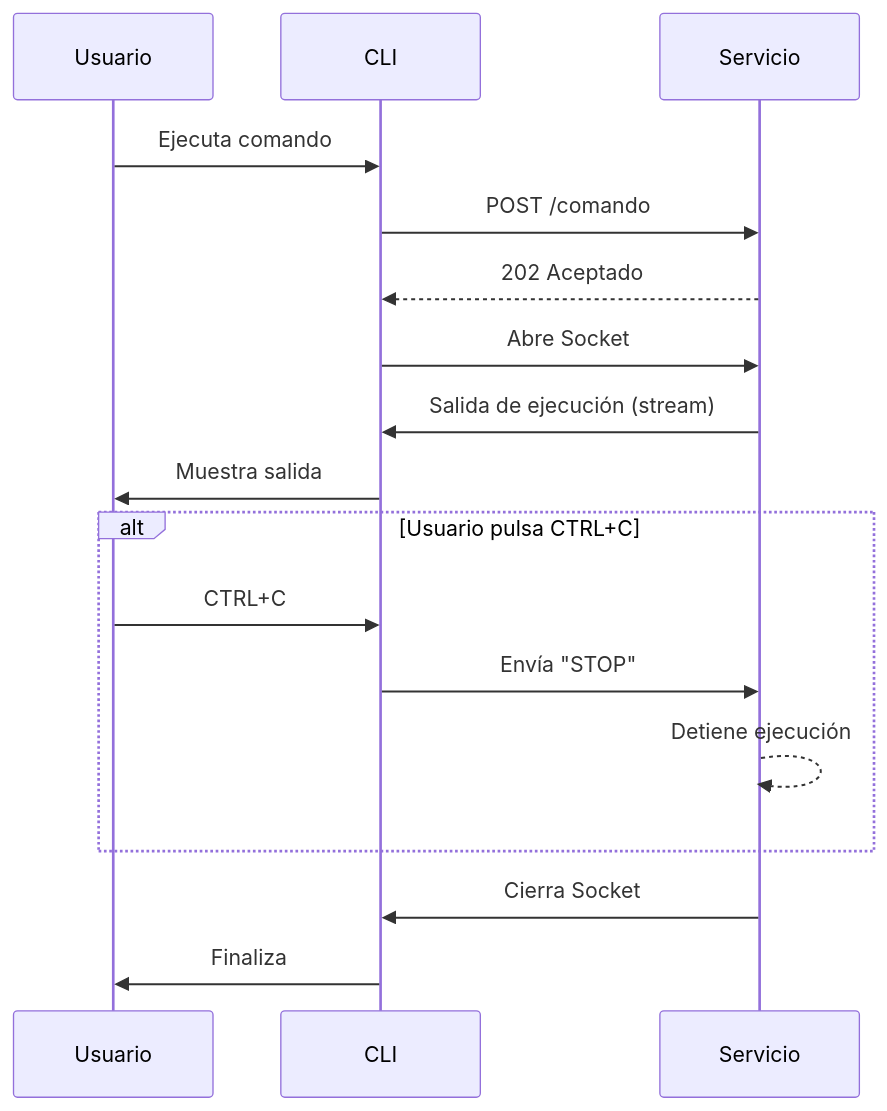
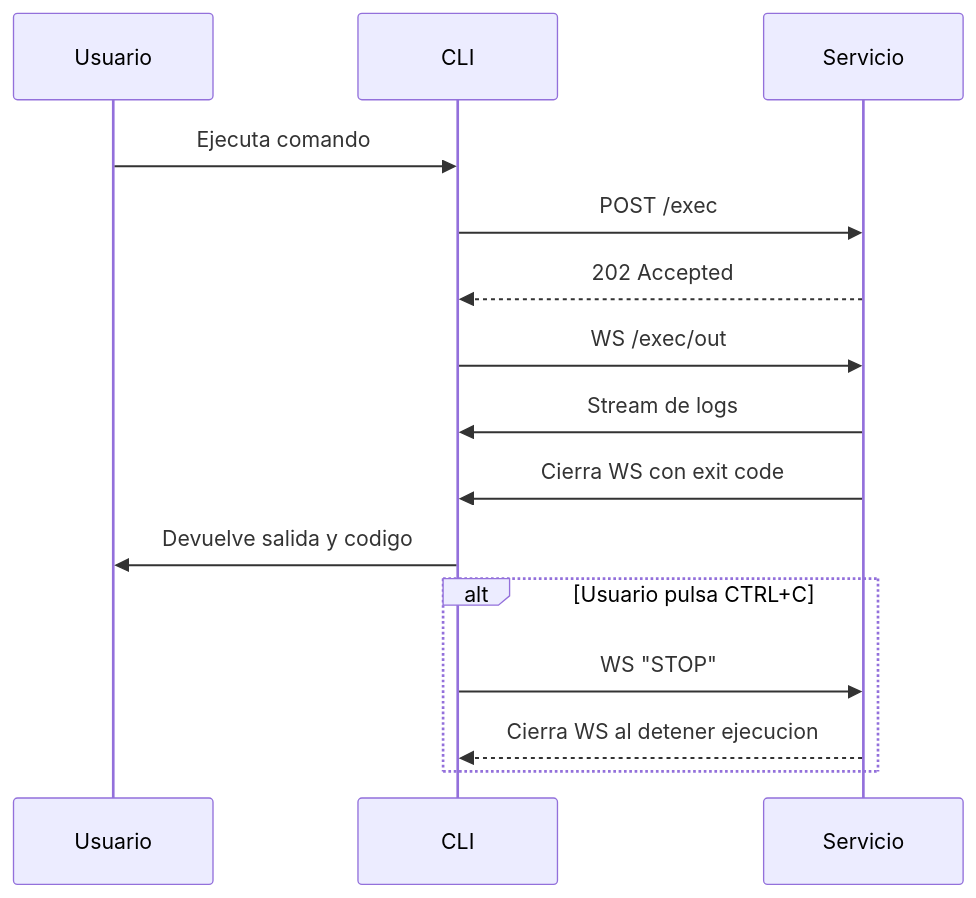
The diagram in README.md (wakamiti/wakamiti-runtime), drawn with Mermaid before and after one commit. The commit also changed other lines of this file and 12 other files, not shown here.

````diff
--- a/README.md
+++ b/README.md
@@ -15,23 +18,19 @@
 ```mermaid
 sequenceDiagram
     participant Usuario
     participant CLI
     participant Servicio
 
     Usuario->>CLI: Ejecuta comando
-    CLI->>Servicio: POST /comando
-    Servicio-->>CLI: 202 Aceptado
-
-    CLI->>Servicio: Abre Socket
-    Servicio->>CLI: Salida de ejecución (stream)
-    CLI->>Usuario: Muestra salida
+    CLI->>Servicio: POST /exec
+    Servicio-->>CLI: 202 Accepted
+    CLI->>Servicio: WS /exec/out
+    Servicio->>CLI: Stream de logs
+    Servicio->>CLI: Cierra WS con exit code
+    CLI->>Usuario: Devuelve salida y codigo
 
     alt Usuario pulsa CTRL+C
-        Usuario->>CLI: CTRL+C
-        CLI->>Servicio: Envía "STOP"
-        Servicio-->>Servicio: Detiene ejecución
+        CLI->>Servicio: WS "STOP"
+        Servicio-->>CLI: Cierra WS al detener ejecucion
     end
-
-    Servicio->>CLI: Cierra Socket
-    CLI->>Usuario: Finaliza
 ```
````
